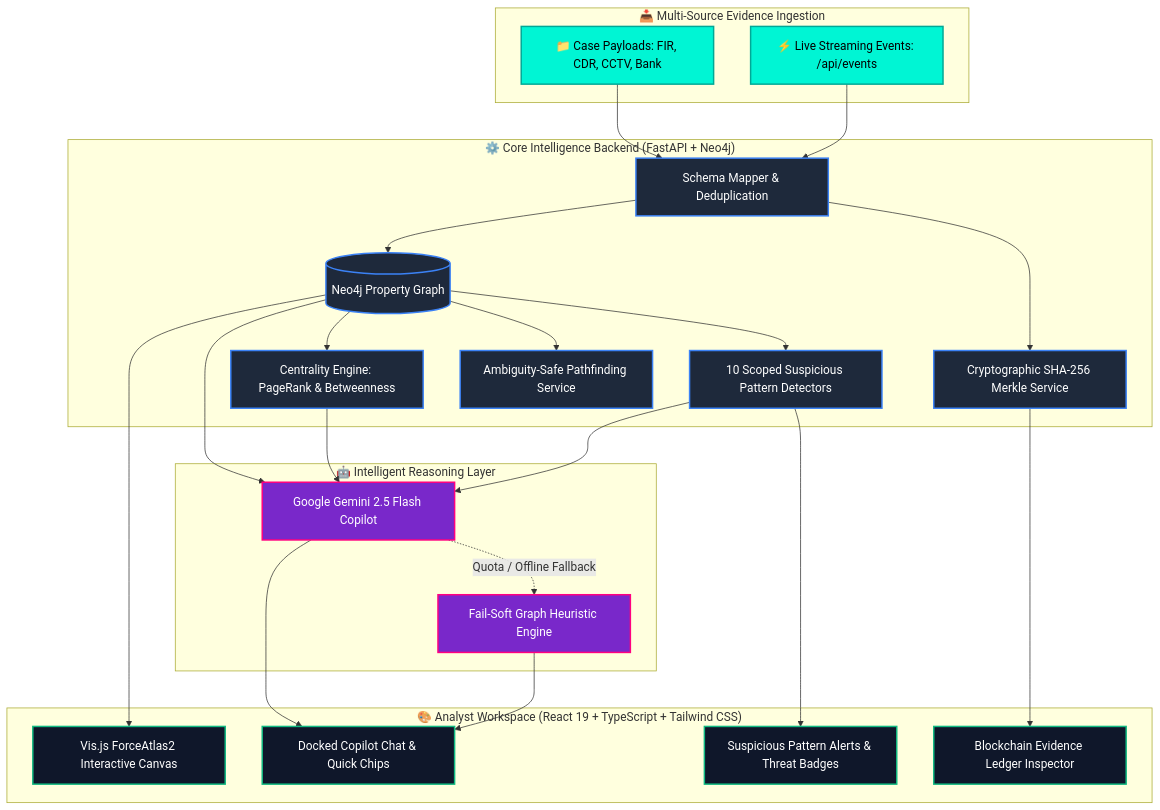
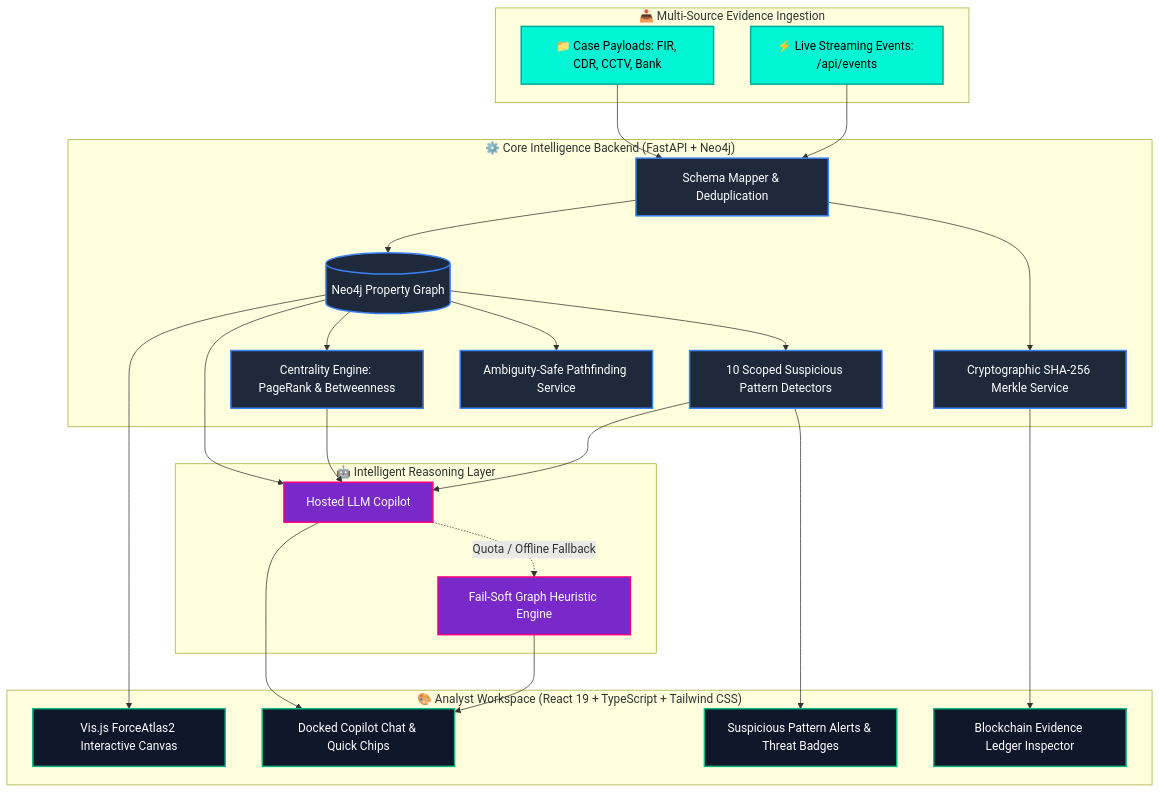
Before and after one commit to Thxrun-07/AI-Powered-Criminal-Network-Analysis-System: the diagram in README.md, drawn with Mermaid. The commit also changed other lines of this file and 7 other files, not shown here.

````diff
--- a/README.md
+++ b/README.md
@@ -317,50 +318,50 @@
 ```mermaid
 flowchart TD
     classDef ingestion fill:#00F5D4,stroke:#00A896,stroke-width:2px,color:#000;
     classDef core fill:#1E293B,stroke:#3B82F6,stroke-width:2px,color:#fff;
     classDef ai fill:#7928CA,stroke:#FF0080,stroke-width:2px,color:#fff;
     classDef visual fill:#0F172A,stroke:#10B981,stroke-width:2px,color:#fff;
 
     subgraph INGEST ["📥 Multi-Source Evidence Ingestion"]
         A1[📁 Case Payloads: FIR, CDR, CCTV, Bank]:::ingestion
         A2[⚡ Live Streaming Events: /api/events]:::ingestion
     end
 
     subgraph BACKEND ["⚙️ Core Intelligence Backend (FastAPI + Neo4j)"]
         B[Schema Mapper & Deduplication]:::core
         C[(Neo4j Property Graph)]:::core
         D[Cryptographic SHA-256 Merkle Service]:::core
         E[Centrality Engine: PageRank & Betweenness]:::core
         F[10 Scoped Suspicious Pattern Detectors]:::core
         G[Ambiguity-Safe Pathfinding Service]:::core
     end
 
     subgraph COPILOT ["🤖 Intelligent Reasoning Layer"]
-        H[Google Gemini 2.5 Flash Copilot]:::ai
+        H[Hosted LLM Copilot]:::ai
         I[Fail-Soft Graph Heuristic Engine]:::ai
     end
 
     subgraph UI ["🎨 Analyst Workspace (React 19 + TypeScript + Tailwind CSS)"]
         J[Vis.js ForceAtlas2 Interactive Canvas]:::visual
         K[Docked Copilot Chat & Quick Chips]:::visual
         L[Suspicious Pattern Alerts & Threat Badges]:::visual
         M[Blockchain Evidence Ledger Inspector]:::visual
     end
 
     A1 --> B
     A2 --> B
     B --> C
     B --> D
     C --> E
     C --> F
     C --> G
     C --> H
     E --> H
     F --> H
     H -.->|Quota / Offline Fallback| I
     C --> J
     H --> K
     I --> K
     F --> L
     D --> M
 ```
````
